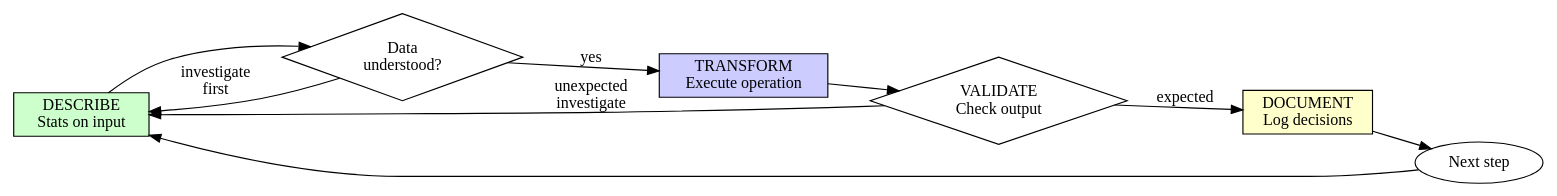
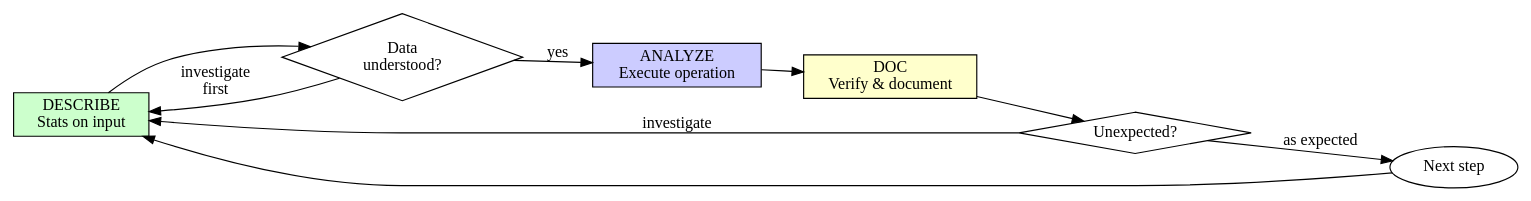
One commit to FuZhiyu/superRA changed the diagram in skills/econ-data-analysis/SKILL.md. Above: the diagram before and after it, drawn with Graphviz. The commit also changed other lines of this file and 22 other files, not shown here.

````diff
--- a/skills/econ-data-analysis/SKILL.md
+++ b/skills/econ-data-analysis/SKILL.md
@@ -208,20 +208,20 @@
 ```dot
-digraph dtv_cycle {
+digraph dad_cycle {
     rankdir=LR;
     describe [label="DESCRIBE\nStats on input", shape=box, style=filled, fillcolor="#ccffcc"];
     verify_describe [label="Data\nunderstood?", shape=diamond];
-    transform [label="TRANSFORM\nExecute operation", shape=box, style=filled, fillcolor="#ccccff"];
-    validate [label="VALIDATE\nCheck output", shape=diamond];
-    document [label="DOCUMENT\nLog decisions", shape=box, style=filled, fillcolor="#ffffcc"];
+    analyze [label="ANALYZE\nExecute operation", shape=box, style=filled, fillcolor="#ccccff"];
+    doc [label="DOC\nVerify & document", shape=box, style=filled, fillcolor="#ffffcc"];
+    unexpected [label="Unexpected?", shape=diamond];
     next [label="Next step", shape=ellipse];
 
     describe -> verify_describe;
-    verify_describe -> transform [label="yes"];
+    verify_describe -> analyze [label="yes"];
     verify_describe -> describe [label="investigate\nfirst"];
-    transform -> validate;
-    validate -> document [label="expected"];
-    validate -> describe [label="unexpected\ninvestigate"];
-    document -> next;
+    analyze -> doc;
+    doc -> unexpected;
+    unexpected -> next [label="as expected"];
+    unexpected -> describe [label="investigate"];
     next -> describe;
 }
 ```
````
